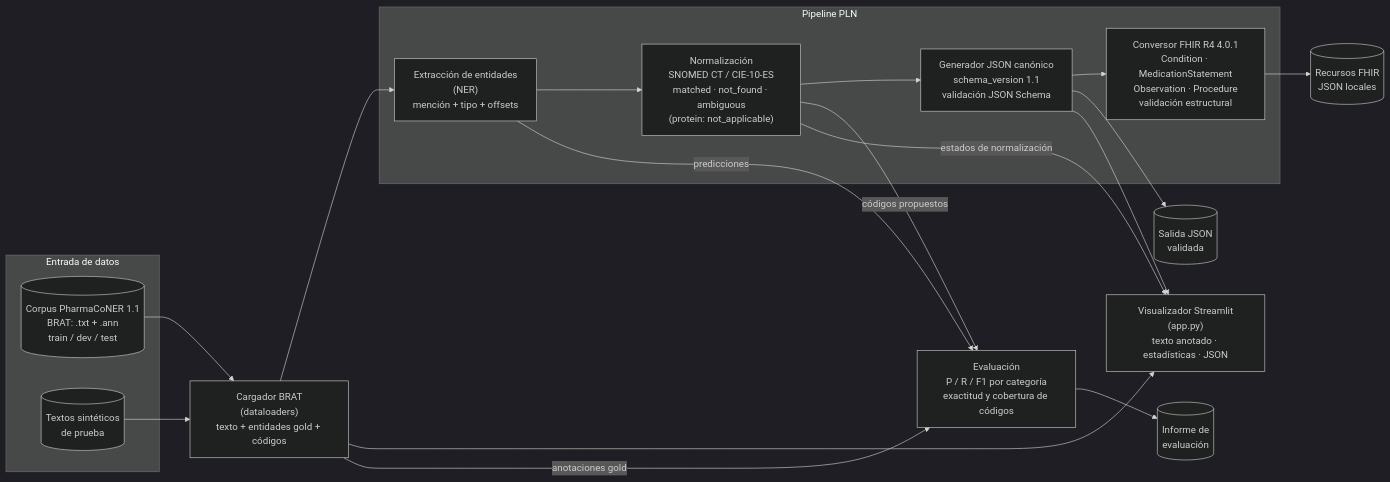
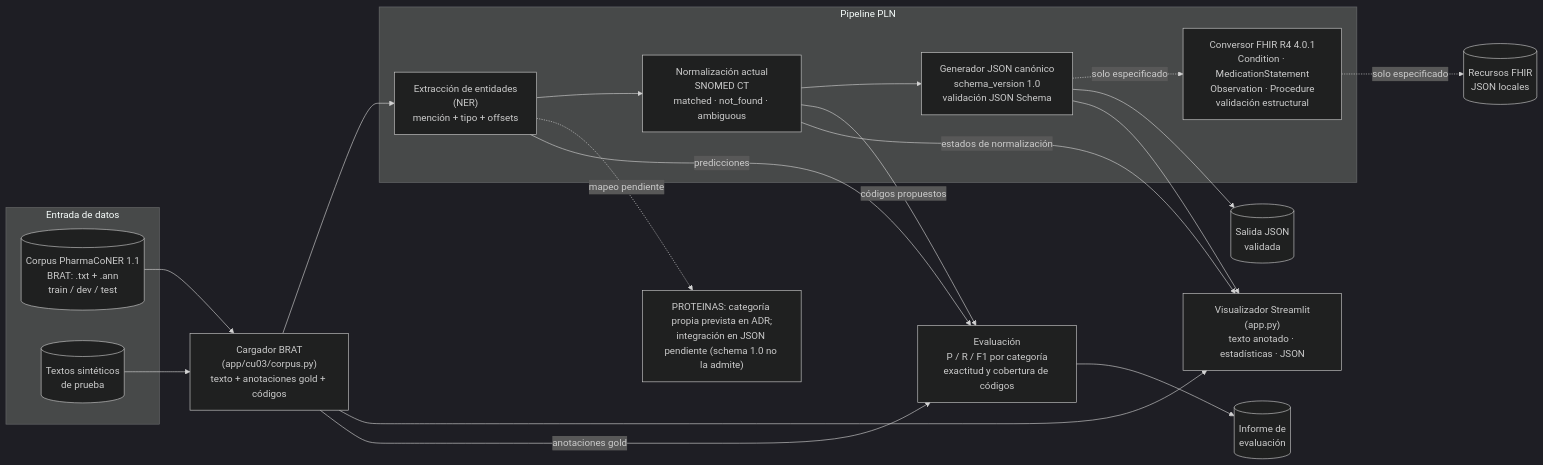
Before and after one commit to Lucas-ao35/PIIA-II: the diagram in ARCHITECTURE.md, drawn with Mermaid (dark theme). The commit also changed other lines of this file and 7 other files, not shown here.

````diff
--- a/ARCHITECTURE.md
+++ b/ARCHITECTURE.md
@@ -20,39 +20,41 @@
 ```mermaid
 flowchart LR
     subgraph IN ["Entrada de datos"]
         CORPUS[("Corpus PharmaCoNER 1.1<br/>BRAT: .txt + .ann<br/>train / dev / test")]
         SINT[("Textos sintéticos<br/>de prueba")]
     end
 
-    LOADER["Cargador BRAT<br/>(dataloaders)<br/>texto + entidades gold + códigos"]
+    LOADER["Cargador BRAT<br/>(app/cu03/corpus.py)<br/>texto + anotaciones gold + códigos"]
 
     subgraph PIPE ["Pipeline PLN"]
         NER["Extracción de entidades<br/>(NER)<br/>mención + tipo + offsets"]
-        NORM["Normalización<br/>SNOMED CT / CIE-10-ES<br/>matched · not_found · ambiguous<br/>(protein: not_applicable)"]
-        JSONGEN["Generador JSON canónico<br/>schema_version 1.1<br/>validación JSON Schema"]
+        NORM["Normalización actual<br/>SNOMED CT<br/>matched · not_found · ambiguous"]
+        JSONGEN["Generador JSON canónico<br/>schema_version 1.0<br/>validación JSON Schema"]
         FHIRGEN["Conversor FHIR R4 4.0.1<br/>Condition · MedicationStatement<br/>Observation · Procedure<br/>validación estructural"]
     end
 
     EVAL["Evaluación<br/>P / R / F1 por categoría<br/>exactitud y cobertura de códigos"]
     UI["Visualizador Streamlit<br/>(app.py)<br/>texto anotado · estadísticas · JSON"]
 
     OUTJ[("Salida JSON<br/>validada")]
     OUTF[("Recursos FHIR<br/>JSON locales")]
     OUTR[("Informe de<br/>evaluación")]
 
     CORPUS --> LOADER
     SINT --> LOADER
     LOADER --> NER
     LOADER --> UI
     NER --> NORM
     NORM --> JSONGEN
-    JSONGEN --> FHIRGEN
+    NOTE["PROTEINAS: categoría propia prevista en ADR;<br/>integración en JSON pendiente (schema 1.0 no la admite)"]
+    NER -. "mapeo pendiente" .-> NOTE
+    JSONGEN -. "solo especificado" .-> FHIRGEN
     JSONGEN --> OUTJ
-    FHIRGEN --> OUTF
+    FHIRGEN -. "solo especificado" .-> OUTF
     LOADER -- "anotaciones gold" --> EVAL
     NER -- "predicciones" --> EVAL
     NORM -- "códigos propuestos" --> EVAL
     NORM -- "estados de normalización" --> UI
     JSONGEN --> UI
     EVAL --> OUTR
 ```
````
